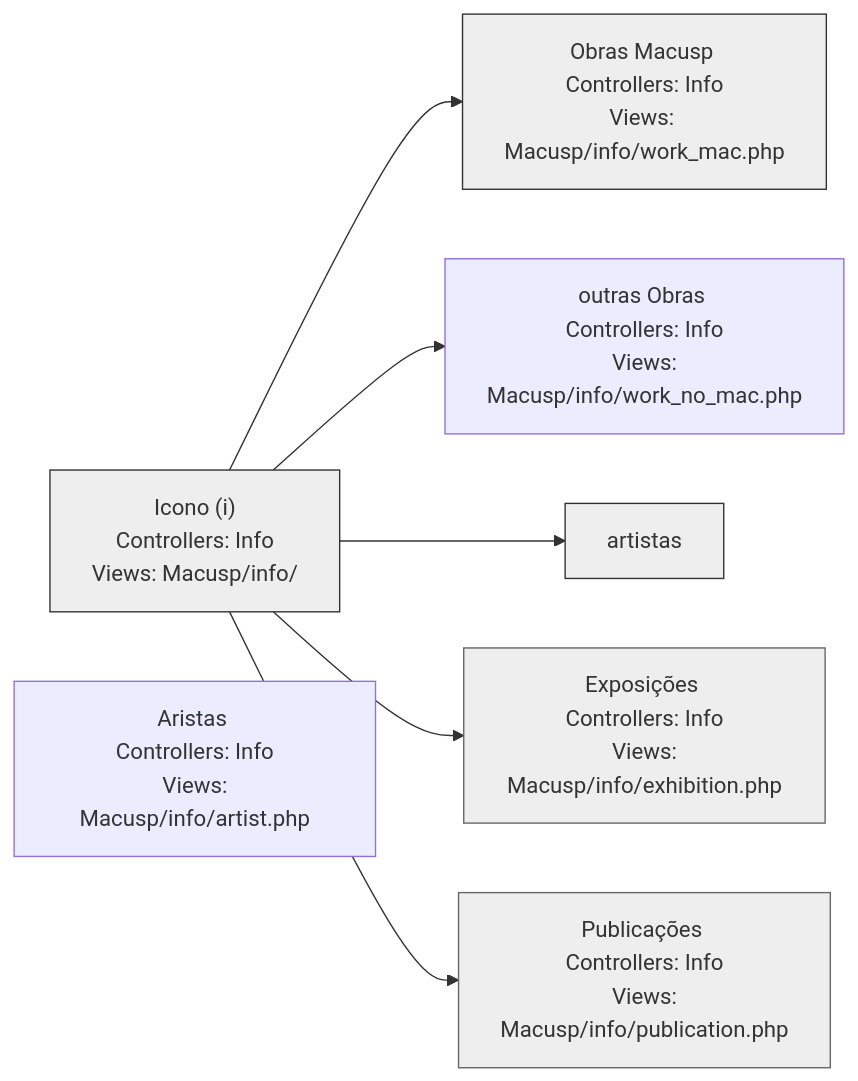
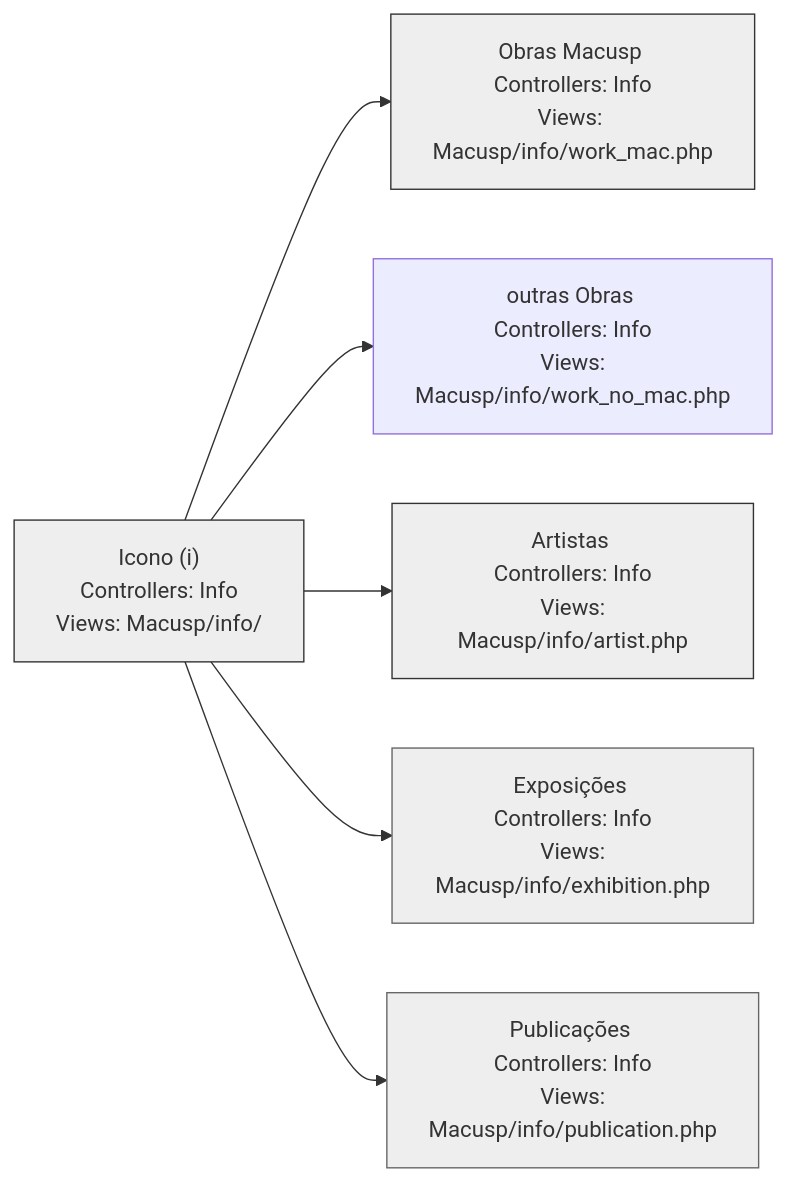
One commit to reynaldocv/macusp changed the second of 2 diagrams in README.md. Above: the diagram before and after it, drawn with Mermaid.

````diff
--- a/README.md
+++ b/README.md
@@ -293,26 +293,26 @@
 ```mermaid
 graph LR
     %% Parte superior e inferior del primer puesto
     iconoI[" Icono (i)   <br> Controllers: Info <br> Views:  Macusp/info/"]
     obras[" Obras Macusp <br> Controllers: Info <br> Views:  Macusp/info/work_mac.php"]
     obrasN[" outras Obras <br> Controllers: Info <br> Views: Macusp/info/work_no_mac.php"]
-    artists[" Aristas <br> Controllers: Info <br> Views: Macusp/info/artist.php"]
+    artistas[" Artistas <br> Controllers: Info <br> Views: Macusp/info/artist.php"]
     exposicoes[" Exposições <br> Controllers: Info <br> Views: Macusp/info/exhibition.php"]
     publicacoes[" Publicações <br> Controllers: Info <br> Views: Macusp/info/publication.php"]
     
     %% Conexión del organigrama (une la parte inferior de uno con la superior del otro)
     iconoI --> obras
     iconoI --> obrasN
     iconoI --> artistas
     iconoI --> exposicoes
     iconoI --> publicacoes
     
 
     %% Estilos para que parezcan una sola pieza
     style iconoI fill:#eee,stroke:#333
     style obras fill:#eee,stroke:#333
     style artistas fill:#eee,stroke:#333
     style exposicoes fill:#eee,stroke:#666
     style publicacoes fill:#eee,stroke:#666
 
 ```
````
